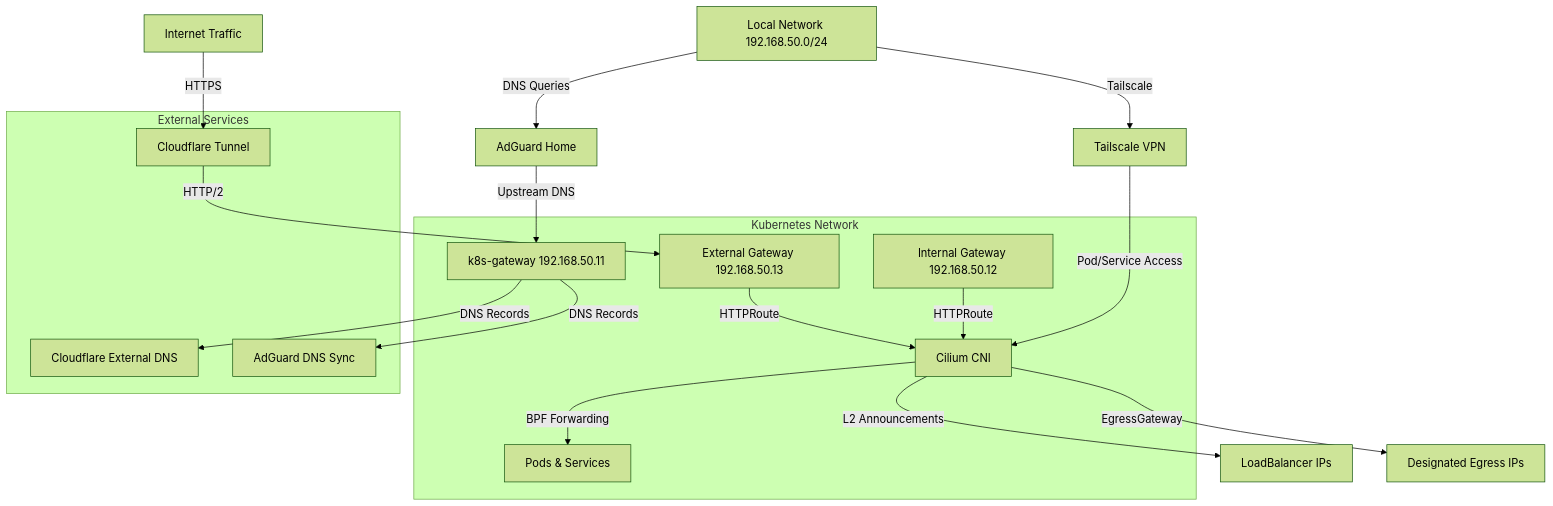
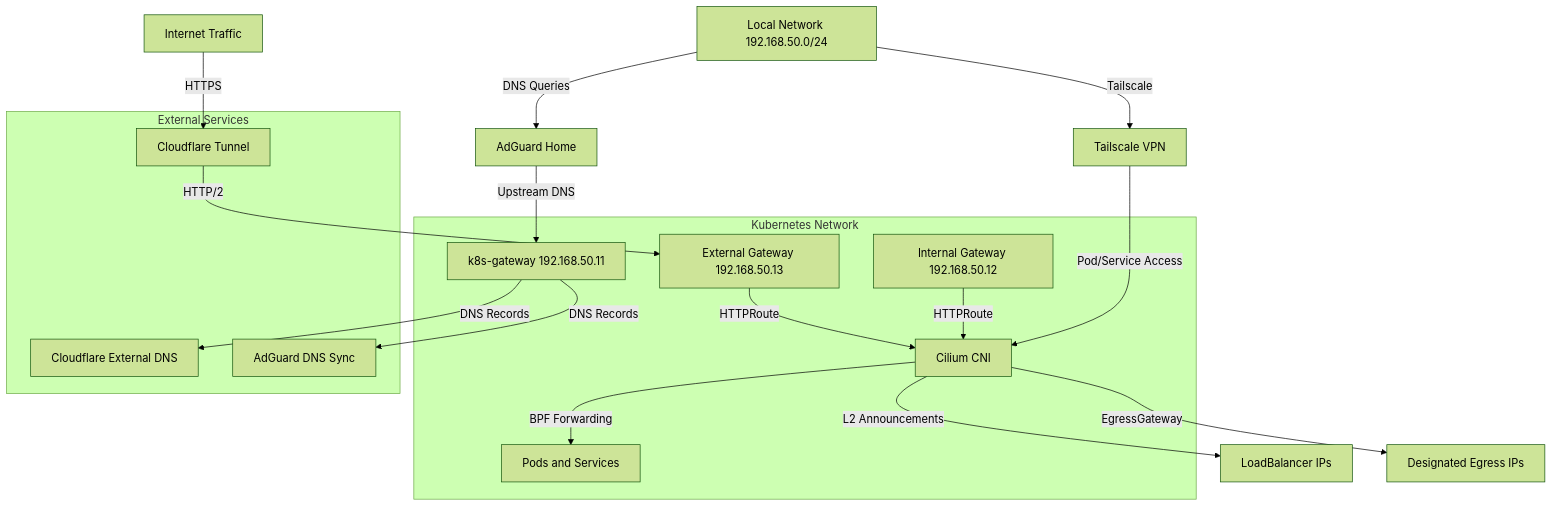
The diagram in openwiki/concepts/networking.md (Tomyail/talos-cluster), drawn with Mermaid (forest theme) before and after one commit. The commit also changed other lines of this file and 23 other files, not shown here.

````diff
--- a/openwiki/concepts/networking.md
+++ b/openwiki/concepts/networking.md
@@ -45,37 +45,37 @@
 ```mermaid
 flowchart TD
     Internet[Internet Traffic] -->|HTTPS| CFTunnel[Cloudflare Tunnel]
     CFTunnel -->|HTTP/2| ExtGW[External Gateway 192.168.50.13]
     
     LAN[Local Network 192.168.50.0/24] -->|DNS Queries| AdGuard[AdGuard Home]
     LAN -->|Tailscale| TS[Tailscale VPN]
     
     AdGuard -->|Upstream DNS| K8sGW[k8s-gateway 192.168.50.11]
     
     ExtGW -->|HTTPRoute| Cilium[Cilium CNI]
     IntGW[Internal Gateway 192.168.50.12] -->|HTTPRoute| Cilium
     
     TS -->|Pod/Service Access| Cilium
     
     Cilium -->|L2 Announcements| LBIP[LoadBalancer IPs]
-    Cilium -->|BPF Forwarding| Pods[Pods & Services]
+    Cilium -->|BPF Forwarding| Pods[Pods and Services]
     
     Cilium -->|EgressGateway| EgressIP[Designated Egress IPs]
     
     K8sGW -->|DNS Records| CFDNS[Cloudflare External DNS]
     K8sGW -->|DNS Records| AdGuardDNS[AdGuard DNS Sync]
     
     subgraph "Kubernetes Network"
         Cilium
         ExtGW
         IntGW
         K8sGW
         Pods
     end
     
     subgraph "External Services"
         CFTunnel
         CFDNS
         AdGuardDNS
     end
 ```
````
